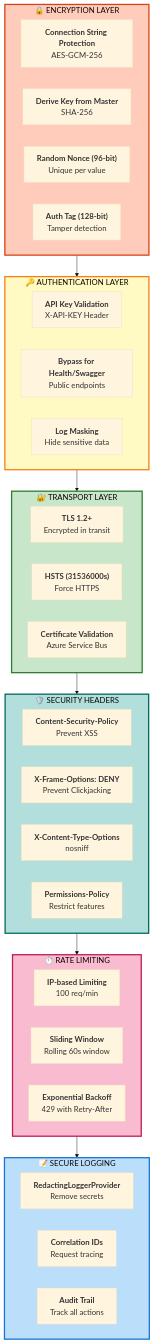
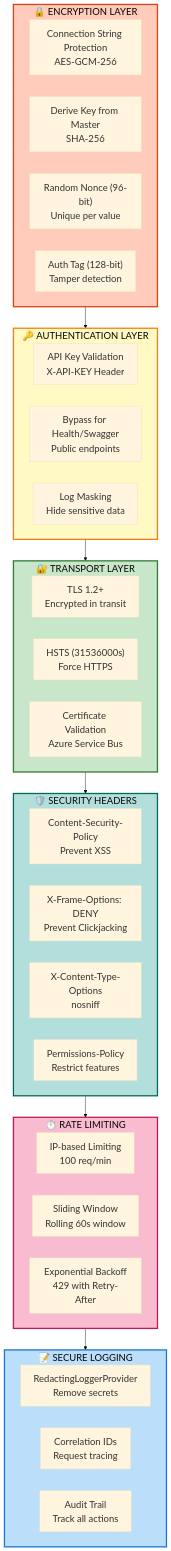
Before and after one commit to debdevops/servicehub: the sixth of 12 diagrams in services/api/ARCHITECTURE.md, drawn with Mermaid. The commit also changed other lines of this file and 1 other file, not shown here.

````diff
--- a/services/api/ARCHITECTURE.md
+++ b/services/api/ARCHITECTURE.md
@@ -328,54 +328,54 @@
 ```mermaid
-%%{init: {'theme':'base', 'themeVariables': { 'fontSize':'18px'}}}%%
+%%{init: {'theme':'base', 'themeVariables': { 'fontSize':'22px'}}}%%
 graph TB
     subgraph Encryption["🔒 ENCRYPTION LAYER"]
-        CONNSTR["<b>Connection String Protection</b><br/>AES-GCM-256"]
-        PRIVKEY["<b>Derive Key from Master</b><br/>SHA-256"]
-        NONCE["<b>Random Nonce (96-bit)</b><br/>Unique per value"]
-        TAG["<b>Auth Tag (128-bit)</b><br/>Tamper detection"]
+        CONNSTR["Connection String Protection<br/>AES-GCM-256"]
+        PRIVKEY["Derive Key from Master<br/>SHA-256"]
+        NONCE["Random Nonce (96-bit)<br/>Unique per value"]
+        TAG["Auth Tag (128-bit)<br/>Tamper detection"]
     end
 
     subgraph Authentication["🔑 AUTHENTICATION LAYER"]
-        APIKEY["<b>API Key Validation</b><br/>X-API-KEY Header"]
-        BYPASS["<b>Bypass for Health/Swagger</b><br/>Public endpoints"]
-        LOG_MASKING["<b>Log Masking</b><br/>Hide sensitive data"]
+        APIKEY["API Key Validation<br/>X-API-KEY Header"]
+        BYPASS["Bypass for Health/Swagger<br/>Public endpoints"]
+        LOG_MASKING["Log Masking<br/>Hide sensitive data"]
     end
 
     subgraph Transport["🔐 TRANSPORT LAYER"]
-        TLS["<b>TLS 1.2+</b><br/>Encrypted in transit"]
-        HSTS["<b>HSTS (31536000s)</b><br/>Force HTTPS"]
-        CERT["<b>Certificate Validation</b><br/>Azure Service Bus"]
+        TLS["TLS 1.2+<br/>Encrypted in transit"]
+        HSTS["HSTS (31536000s)<br/>Force HTTPS"]
+        CERT["Certificate Validation<br/>Azure Service Bus"]
     end
 
     subgraph Headers["🛡️ SECURITY HEADERS"]
-        CSP["<b>Content-Security-Policy</b><br/>Prevent XSS"]
-        FRAME["<b>X-Frame-Options: DENY</b><br/>Prevent Clickjacking"]
-        XCT["<b>X-Content-Type-Options</b><br/>nosniff"]
-        PERM["<b>Permissions-Policy</b><br/>Restrict features"]
+        CSP["Content-Security-Policy<br/>Prevent XSS"]
+        FRAME["X-Frame-Options: DENY<br/>Prevent Clickjacking"]
+        XCT["X-Content-Type-Options<br/>nosniff"]
+        PERM["Permissions-Policy<br/>Restrict features"]
     end
 
     subgraph RateLimit["⏱️ RATE LIMITING"]
-        IP_LIMIT["<b>IP-based Limiting</b><br/>100 req/min"]
-        SLIDING["<b>Sliding Window</b><br/>Rolling 60s window"]
-        BACKOFF["<b>Exponential Backoff</b><br/>429 with Retry-After"]
+        IP_LIMIT["IP-based Limiting<br/>100 req/min"]
+        SLIDING["Sliding Window<br/>Rolling 60s window"]
+        BACKOFF["Exponential Backoff<br/>429 with Retry-After"]
     end
 
     subgraph Logging["📝 SECURE LOGGING"]
-        REDACT["<b>RedactingLoggerProvider</b><br/>Remove secrets"]
-        CORRELA["<b>Correlation IDs</b><br/>Request tracing"]
-        AUDIT["<b>Audit Trail</b><br/>Track all actions"]
+        REDACT["RedactingLoggerProvider<br/>Remove secrets"]
+        CORRELA["Correlation IDs<br/>Request tracing"]
+        AUDIT["Audit Trail<br/>Track all actions"]
     end
 
     Encryption --> Authentication
     Authentication --> Transport
     Transport --> Headers
     Headers --> RateLimit
     RateLimit --> Logging
 
     style Encryption fill:#ffccbc,stroke:#d84315,stroke-width:3px
     style Authentication fill:#fff9c4,stroke:#f57f17,stroke-width:3px
     style Transport fill:#c8e6c9,stroke:#2e7d32,stroke-width:3px
     style Headers fill:#b2dfdb,stroke:#00695c,stroke-width:3px
     style RateLimit fill:#f8bbd0,stroke:#c2185b,stroke-width:3px
     style Logging fill:#bbdefb,stroke:#1976d2,stroke-width:3px
 ```
````
